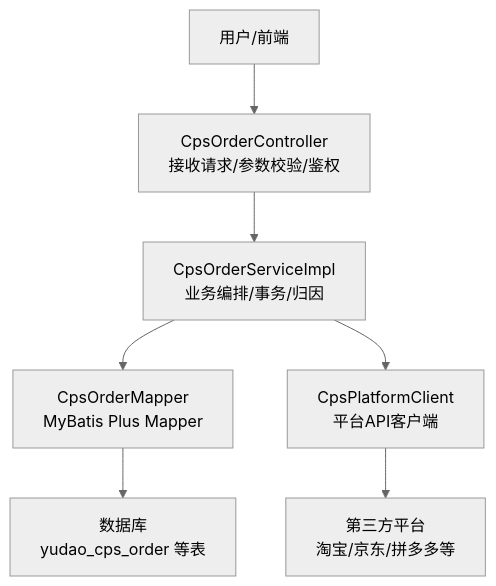
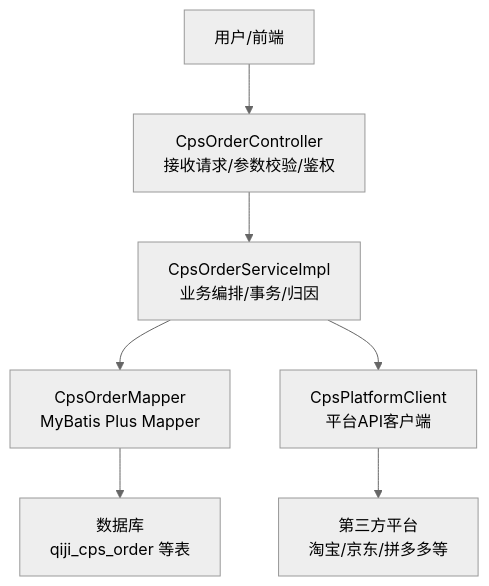
One commit to zhuangpengLI/AgenticCPS changed the second of 6 diagrams in backend/.qoder/repowiki/zh/content/系统架构设计/数据流设计.md. Above: the diagram before and after it, drawn with Mermaid (neutral theme). The commit also changed other lines of this file and 3489 other files, not shown here.

````diff
--- a/backend/.qoder/repowiki/zh/content/系统架构设计/数据流设计.md
+++ b/backend/.qoder/repowiki/zh/content/系统架构设计/数据流设计.md
@@ -75,9 +75,9 @@
 ```mermaid
 graph TB
 U["用户/前端"] --> C["CpsOrderController<br/>接收请求/参数校验/鉴权"]
 C --> S["CpsOrderServiceImpl<br/>业务编排/事务/归因"]
 S --> M["CpsOrderMapper<br/>MyBatis Plus Mapper"]
 S --> P["CpsPlatformClient<br/>平台API客户端"]
-M --> DB["数据库<br/>yudao_cps_order 等表"]
+M --> DB["数据库<br/>qiji_cps_order 等表"]
 P --> TP["第三方平台<br/>淘宝/京东/拼多多等"]
 ```
````
